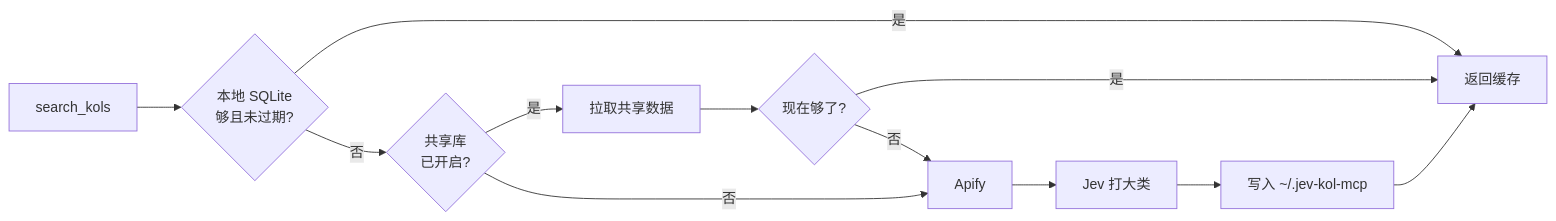
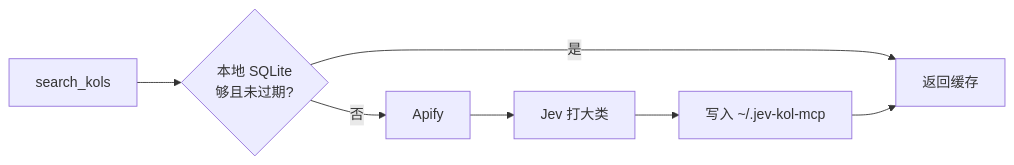
Before and after one commit to EdgeForgeLab/jev-kol-mcp: the diagram in README.zh-CN.md, drawn with Mermaid. The commit also changed other lines of this file and 1 other file, not shown here.

Commit message:
Remove the community pool from the public docs.
The search flow and environment table now match the variables this project actually asks users to set.

````diff
--- a/README.zh-CN.md
+++ b/README.zh-CN.md
@@ -25,14 +25,9 @@
 ```mermaid
 flowchart LR
   A[search_kols] --> B{本地 SQLite<br/>够且未过期?}
   B -->|是| Z[返回缓存]
-  B -->|否| C{共享库<br/>已开启?}
-  C -->|是| D[拉取共享数据]
-  C -->|否| E[Apify]
-  D --> F{现在够了?}
-  F -->|是| Z
-  F -->|否| E
+  B -->|否| E[Apify]
   E --> G[Jev 打大类]
   G --> H[写入 ~/.jev-kol-mcp]
   H --> Z
 ```
````
